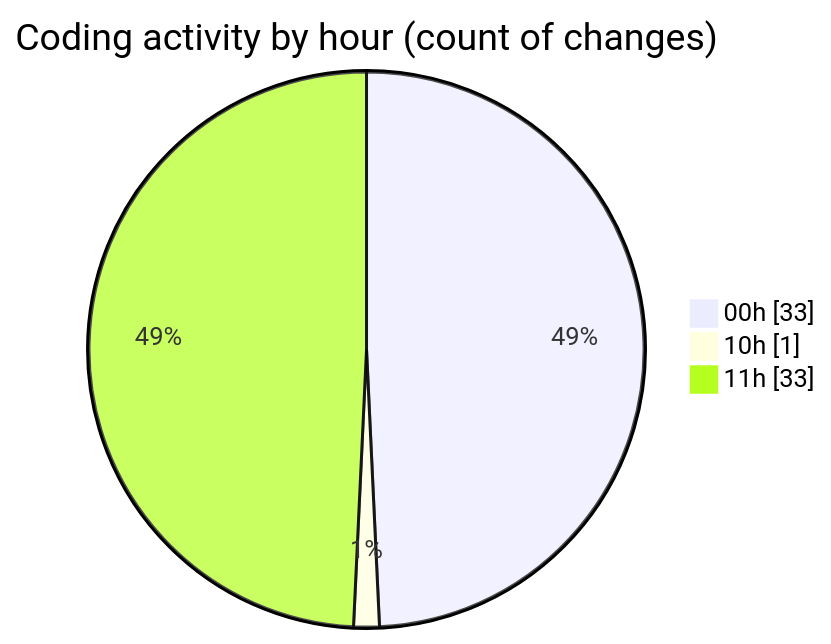
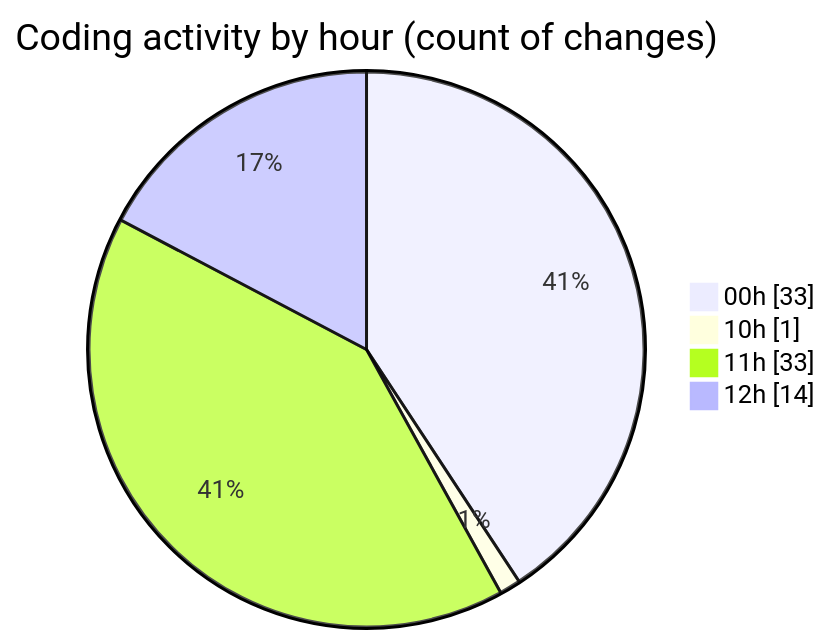
The second of 2 diagrams in 2025-08-10/nxtqube_webapp/README.md (nxtqubesakshisongat/code-tracking), drawn with Mermaid before and after one commit. The commit also changed other lines of this file and 1 other file, not shown here.

````diff
--- a/2025-08-10/nxtqube_webapp/README.md
+++ b/2025-08-10/nxtqube_webapp/README.md
@@ -29,7 +29,8 @@
 ```mermaid
 pie showData
 title Coding activity by hour (count of changes)
 "00h" : 33
 "10h" : 1
 "11h" : 33
+"12h" : 14
 ```
````
